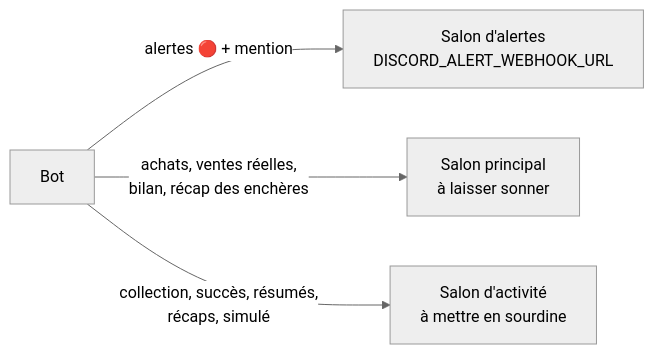
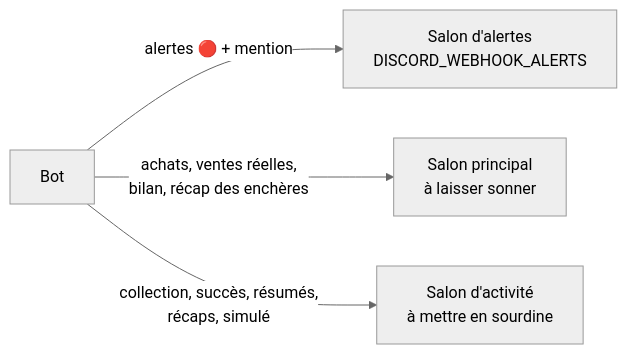
Before and after one commit to MaKSiiMe/WikiMastered: the eighth of 8 diagrams in docs/FONCTIONNEMENT.md, drawn with Mermaid (neutral theme). The commit also changed other lines of this file and 62 other files, not shown here.

````diff
--- a/docs/FONCTIONNEMENT.md
+++ b/docs/FONCTIONNEMENT.md
@@ -263,6 +263,6 @@
 ```mermaid
 flowchart LR
-    B["Bot"] -->|"alertes 🔴 + mention"| AL["Salon d'alertes<br/>DISCORD_ALERT_WEBHOOK_URL"]
+    B["Bot"] -->|"alertes 🔴 + mention"| AL["Salon d'alertes<br/>DISCORD_WEBHOOK_ALERTS"]
     B -->|"achats, ventes réelles,<br/>bilan, récap des enchères"| PR["Salon principal<br/>à laisser sonner"]
     B -->|"collection, succès, résumés,<br/>récaps, simulé"| AC["Salon d'activité<br/>à mettre en sourdine"]
 ```
````
